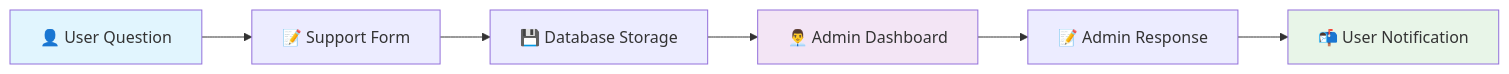
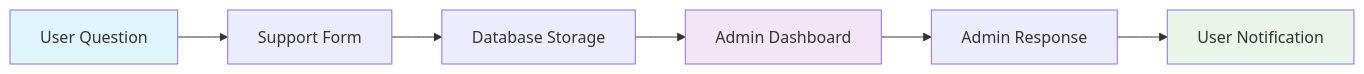
Before and after one commit to Event-Management-Ticketing-System-EMTS/Event-Management-Ticketing-System: the first of 17 diagrams in README.md, drawn with Mermaid. The commit also changed other lines of this file, not shown here.

````diff
--- a/README.md
+++ b/README.md
@@ -73,12 +73,12 @@
 ```mermaid
 graph LR
-    A[👤 User Question] --> B[📝 Support Form]
-    B --> C[💾 Database Storage]
-    C --> D[👨‍💼 Admin Dashboard]
-    D --> E[📝 Admin Response]
-    E --> F[📬 User Notification]
-    
-    style A fill:#e1f5fe
-    style D fill:#f3e5f5
-    style F fill:#e8f5e8
+ A[User Question] --> B[Support Form]
+ B --> C[Database Storage]
+ C --> D[Admin Dashboard]
+ D --> E[Admin Response]
+ E --> F[User Notification]
+ 
+ style A fill:#e1f5fe
+ style D fill:#f3e5f5
+ style F fill:#e8f5e8
 ```
````
